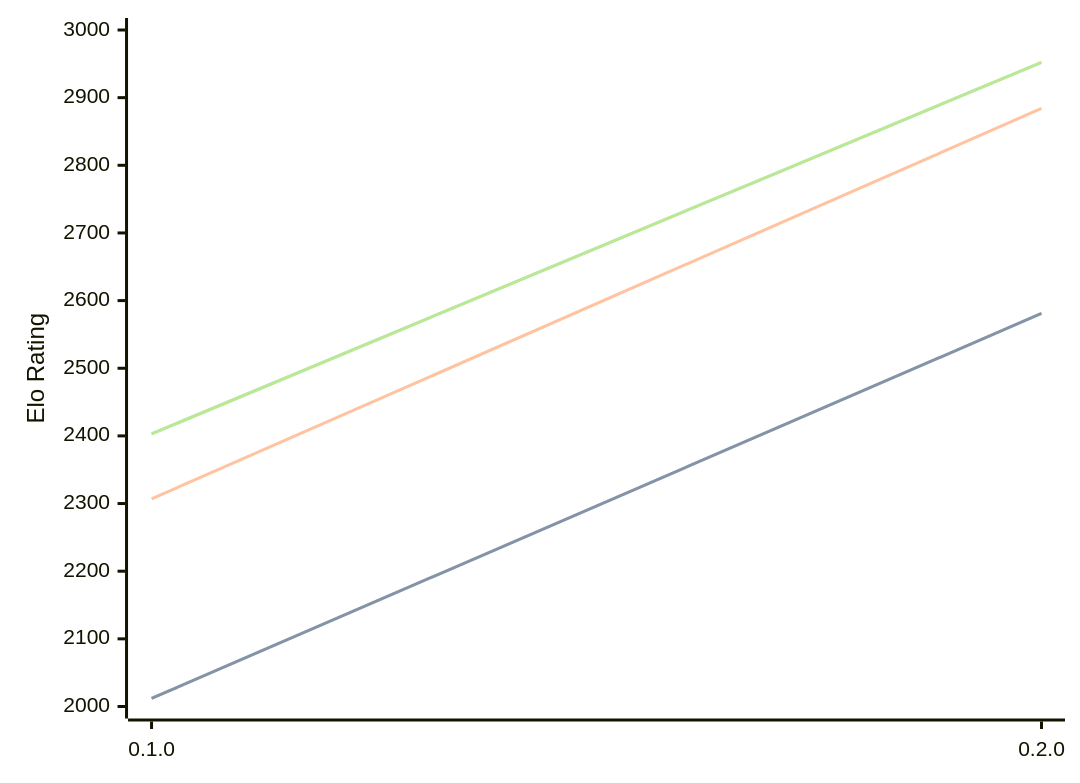
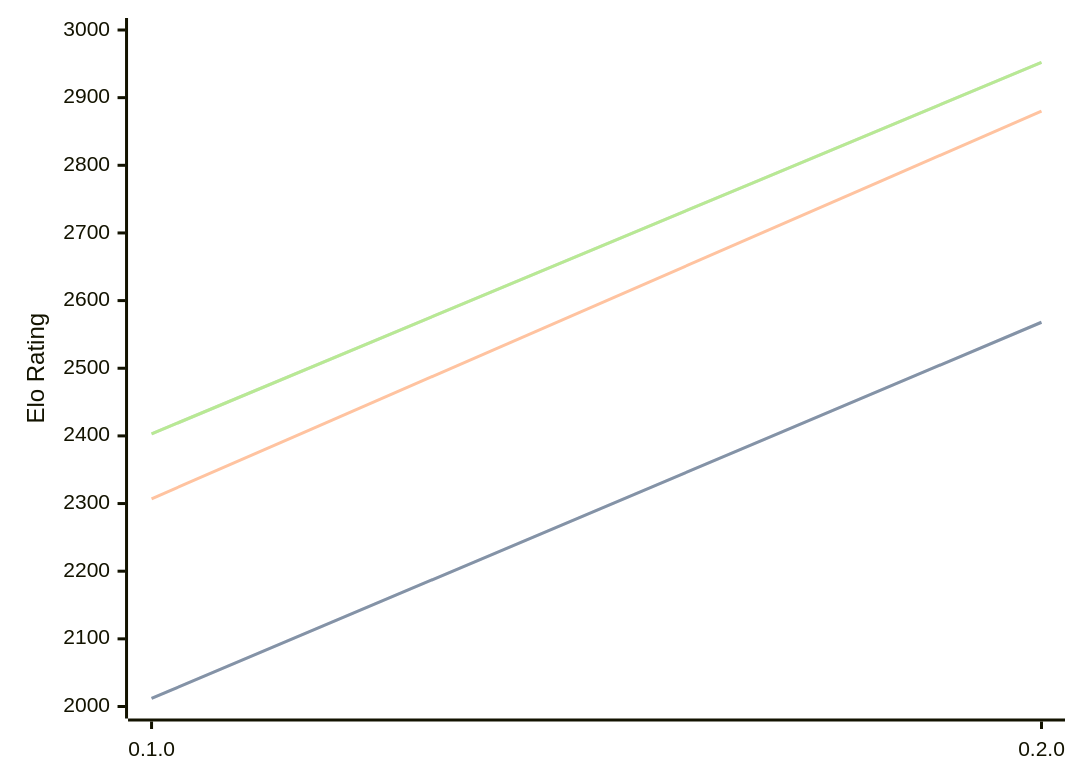
Before and after one commit to computer-chess-index/cci: the third of 3 diagrams in engines/Justbot.md, drawn with Mermaid. The commit also changed other lines of this file, not shown here.

````diff
--- a/engines/Justbot.md
+++ b/engines/Justbot.md
@@ -65,11 +65,11 @@
 ```mermaid
 %%{init: {"theme":"base","themeVariables":{"seriesColors:['#a3a3a3','#222221','#faa371']}}}%%
 xychart-beta
   x-axis ["0.1.0", "0.2.0"]
   y-axis "Elo Rating" 2000 --> 3000
-  line "STC (8.0+0.08s)" [2012, 2581]
-  line "STC (8.0+0.08s)" [2012, 2581]
-  line "LTC (60.0+0.60s)" [2307, 2884]
+  line "STC (8.0+0.08s)" [2012, 2568]
+  line "STC (8.0+0.08s)" [2012, 2568]
+  line "LTC (60.0+0.60s)" [2307, 2880]
   line "VLTC (2m24s+1.12s)" [2403, 2952]
   line "VLTC (2m24s+1.12s)" [2403, 2952]
 ```
````
